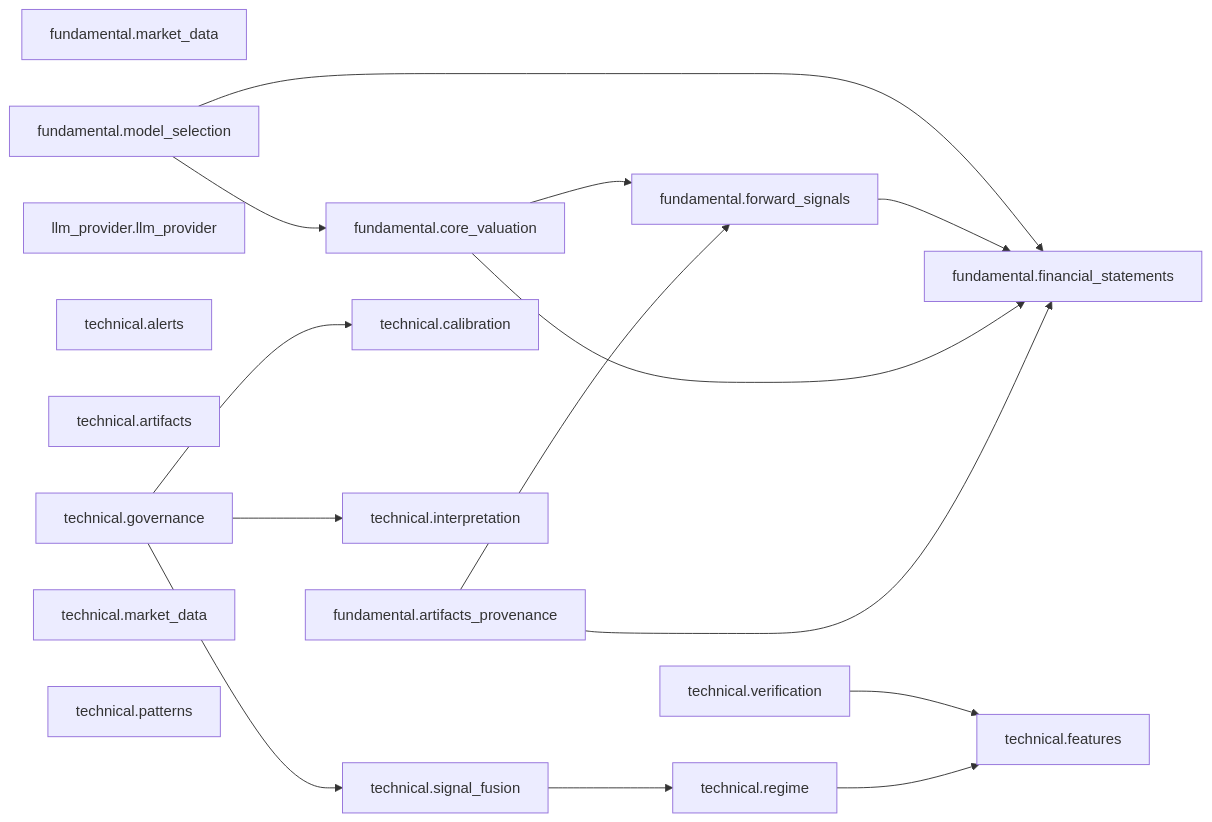
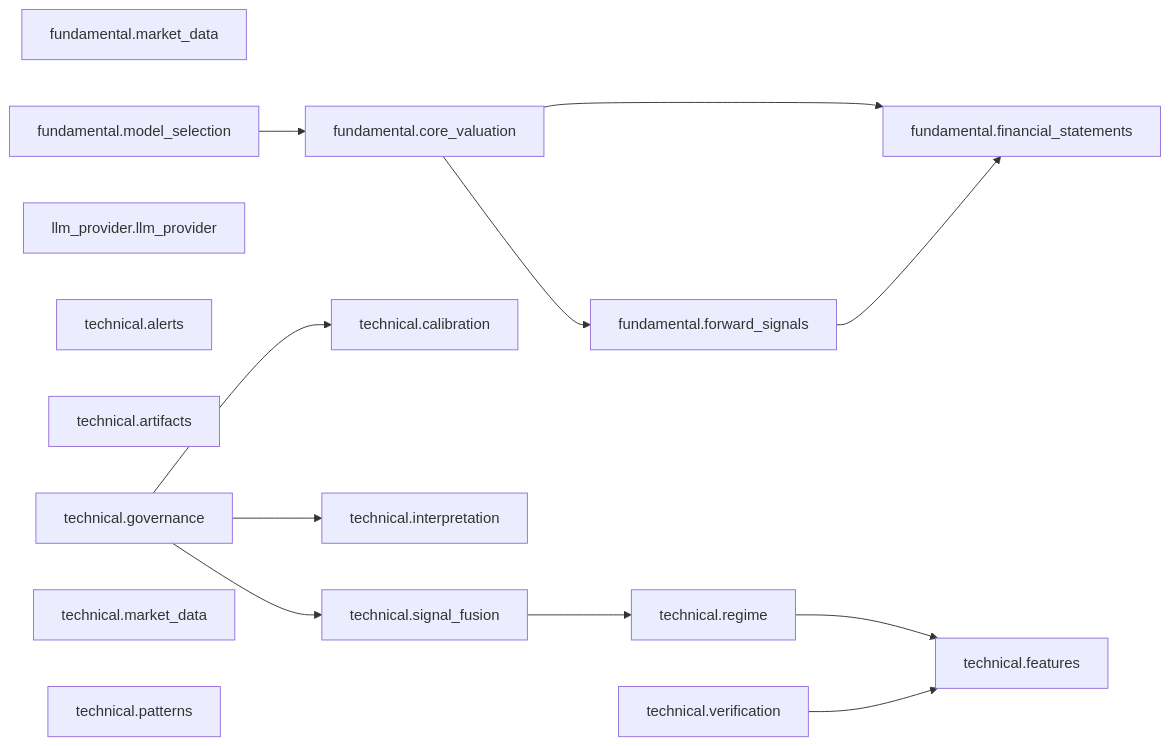
Before and after one commit to sosodennis/value-investment-agent: the diagram in docs/refactor-map/architecture-dependency-report.md, drawn with Mermaid. The commit also changed other lines of this file, not shown here.

First line of the commit message:
docs(#327): refresh architecture dependency report

````diff
--- a/docs/refactor-map/architecture-dependency-report.md
+++ b/docs/refactor-map/architecture-dependency-report.md
@@ -260,34 +246,30 @@
 ```mermaid
 flowchart LR
-    fundamental_artifacts_provenance["fundamental.artifacts_provenance"]
     fundamental_core_valuation["fundamental.core_valuation"]
     fundamental_financial_statements["fundamental.financial_statements"]
     fundamental_forward_signals["fundamental.forward_signals"]
     fundamental_market_data["fundamental.market_data"]
     fundamental_model_selection["fundamental.model_selection"]
     llm_provider_llm_provider["llm_provider.llm_provider"]
     technical_alerts["technical.alerts"]
     technical_artifacts["technical.artifacts"]
     technical_calibration["technical.calibration"]
     technical_features["technical.features"]
     technical_governance["technical.governance"]
     technical_interpretation["technical.interpretation"]
     technical_market_data["technical.market_data"]
     technical_patterns["technical.patterns"]
     technical_regime["technical.regime"]
     technical_signal_fusion["technical.signal_fusion"]
     technical_verification["technical.verification"]
-    fundamental_artifacts_provenance --> fundamental_financial_statements
-    fundamental_artifacts_provenance --> fundamental_forward_signals
     fundamental_core_valuation --> fundamental_financial_statements
     fundamental_core_valuation --> fundamental_forward_signals
     fundamental_forward_signals --> fundamental_financial_statements
     fundamental_model_selection --> fundamental_core_valuation
-    fundamental_model_selection --> fundamental_financial_statements
     technical_governance --> technical_calibration
     technical_governance --> technical_interpretation
     technical_governance --> technical_signal_fusion
     technical_regime --> technical_features
     technical_signal_fusion --> technical_regime
     technical_verification --> technical_features
 ```
````
